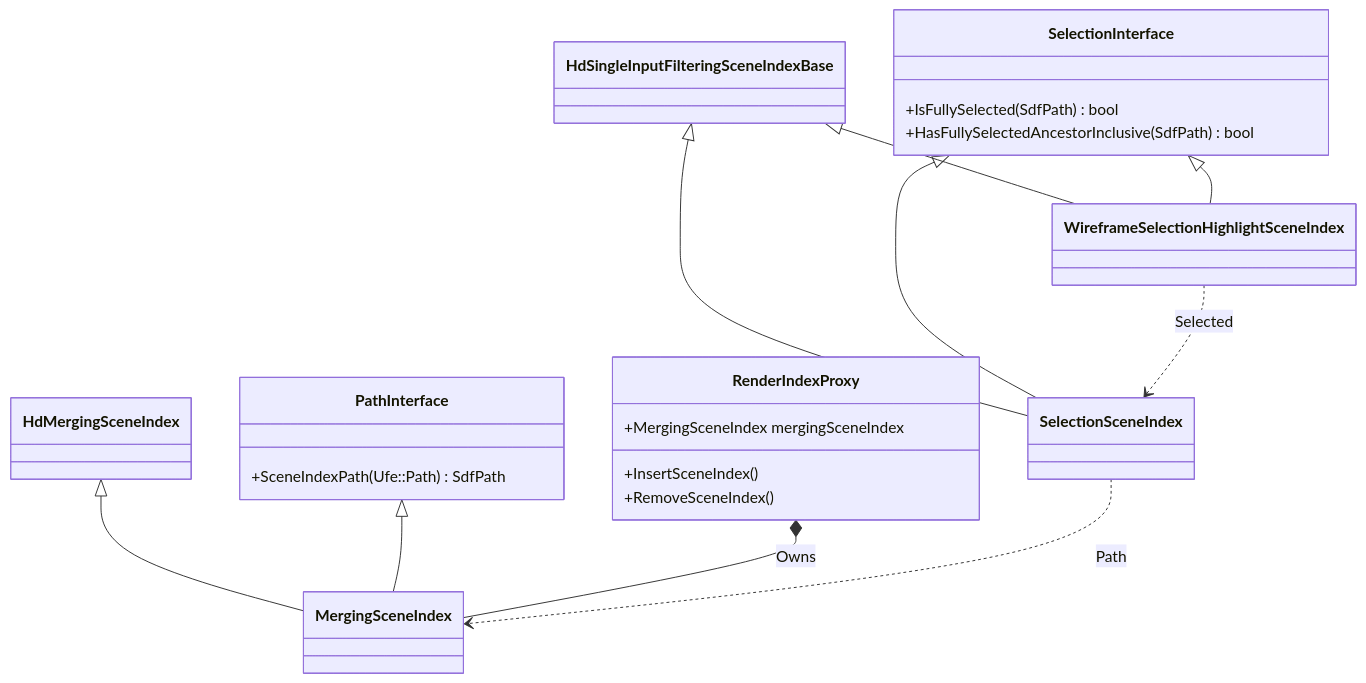
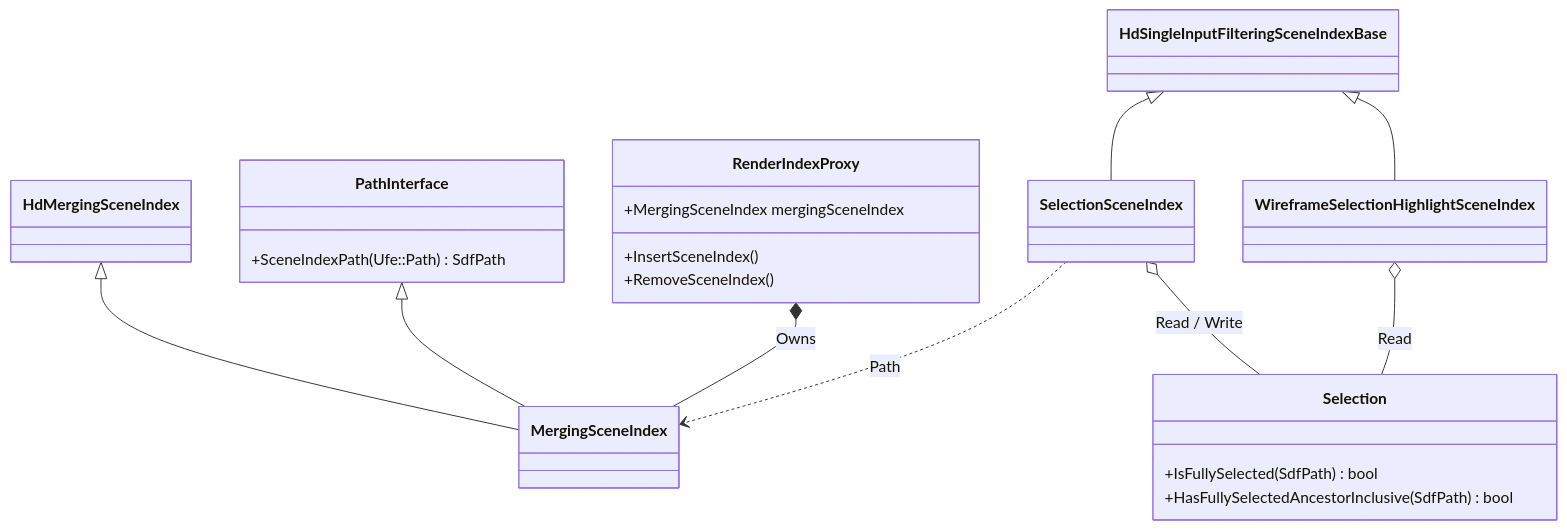
The second of 2 diagrams in doc/selectionHighlightingArchitecture.md (Autodesk/maya-hydra), drawn with Mermaid before and after one commit. The commit also changed other lines of this file and 15 other files, not shown here.

First line of the commit message:
Tremblp/hydra 567/flow selection GitHub (#9)

````diff
--- a/doc/selectionHighlightingArchitecture.md
+++ b/doc/selectionHighlightingArchitecture.md
@@ -305,38 +224,39 @@
 ```mermaid
 classDiagram
 class HdSingleInputFilteringSceneIndexBase
 class HdMergingSceneIndex
 
-class SelectionInterface{
+class Selection{
 +IsFullySelected(SdfPath) bool
 +HasFullySelectedAncestorInclusive(SdfPath) bool
 }
 
 class PathInterface{
 +SceneIndexPath(Ufe::Path) SdfPath
 }
 
 class SelectionSceneIndex
 class MergingSceneIndex
 class WireframeSelectionHighlightSceneIndex
 
 class RenderIndexProxy{
 +MergingSceneIndex mergingSceneIndex
 +InsertSceneIndex()
 +RemoveSceneIndex()
 }
 
 HdSingleInputFilteringSceneIndexBase <|-- SelectionSceneIndex
-SelectionInterface                   <|-- SelectionSceneIndex
 
 HdMergingSceneIndex <|-- MergingSceneIndex
 PathInterface       <|-- MergingSceneIndex
 
 HdSingleInputFilteringSceneIndexBase <|-- WireframeSelectionHighlightSceneIndex
-SelectionInterface                   <|-- WireframeSelectionHighlightSceneIndex
 
 RenderIndexProxy *-- MergingSceneIndex : Owns
 
-WireframeSelectionHighlightSceneIndex ..> SelectionSceneIndex : Selected
 SelectionSceneIndex ..> MergingSceneIndex : Path
+
+SelectionSceneIndex o-- Selection : Read / Write
+
+WireframeSelectionHighlightSceneIndex o-- Selection : Read
 ```
````
